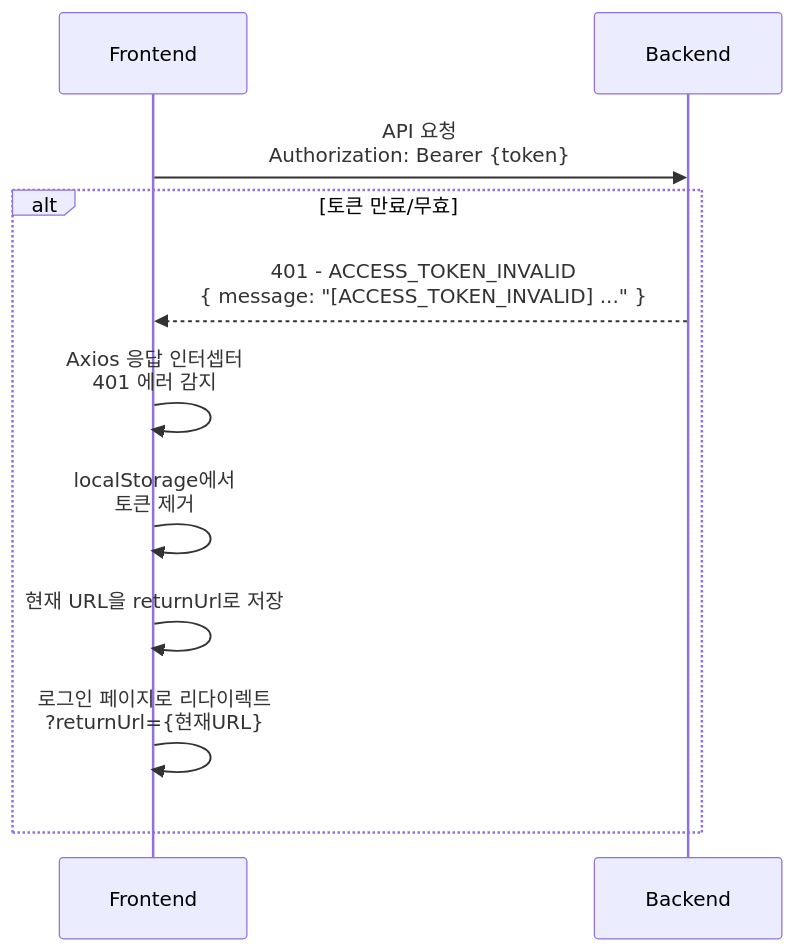
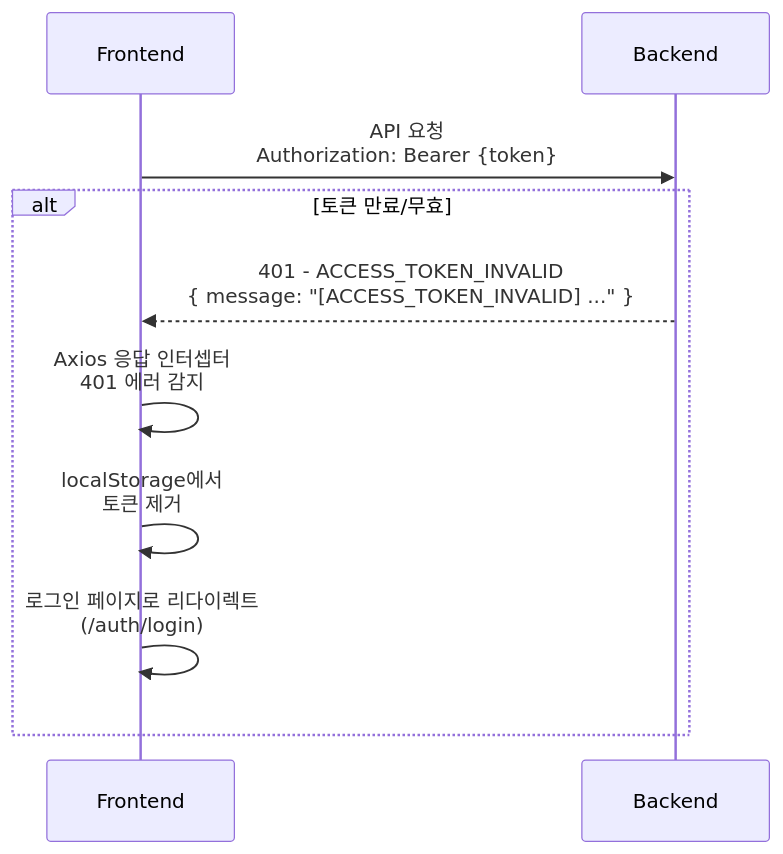
The fourth of 5 diagrams in docs/common/feature/판매자 인증.md (ServicePlayground/picake), drawn with Mermaid before and after one commit. The commit also changed other lines of this file and 17 other files, not shown here.

````diff
--- a/docs/common/feature/판매자 인증.md
+++ b/docs/common/feature/판매자 인증.md
@@ -142,16 +135,15 @@
 ```mermaid
 sequenceDiagram
     participant F as Frontend
     participant B as Backend
 
     F->>B: API 요청<br/>Authorization: Bearer {token}
 
     alt 토큰 만료/무효
         B-->>F: 401 - ACCESS_TOKEN_INVALID<br/>{ message: "[ACCESS_TOKEN_INVALID] ..." }
 
         F->>F: Axios 응답 인터셉터<br/>401 에러 감지
         F->>F: localStorage에서<br/>토큰 제거
-        F->>F: 현재 URL을 returnUrl로 저장
-        F->>F: 로그인 페이지로 리다이렉트<br/>?returnUrl={현재URL}
+        F->>F: 로그인 페이지로 리다이렉트<br/>(/auth/login)
     end
 ```
````
